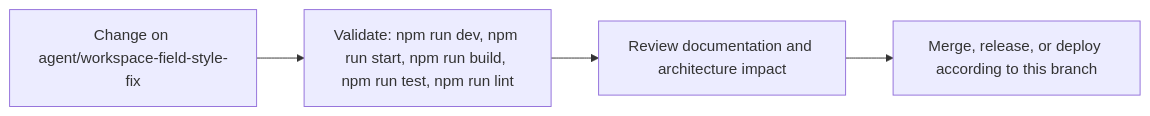
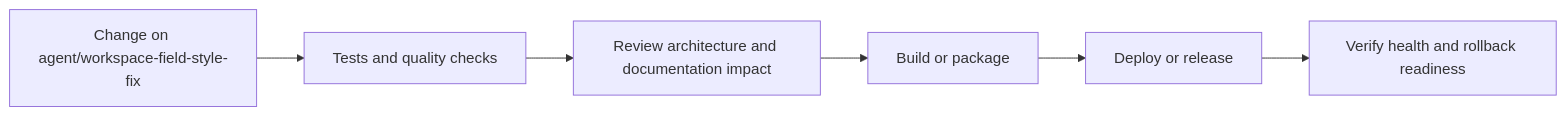
The sixth of 7 diagrams in README.md (Nischhalsubba/BindForge-NW), drawn with Mermaid before and after one commit. The commit also changed other lines of this file, not shown here.

````diff
--- a/README.md
+++ b/README.md
@@ -88,8 +198,8 @@
 ```mermaid
 flowchart LR
-    CHANGE["Change on agent/workspace-field-style-fix"]
-    CHECK["Validate: npm run dev, npm run start, npm run build, npm run test, npm run lint"]
-    REVIEW["Review documentation and architecture impact"]
-    RELEASE["Merge, release, or deploy according to this branch"]
-    CHANGE --> CHECK --> REVIEW --> RELEASE
+    CHANGE["Change on agent/workspace-field-style-fix"] --> CHECK["Tests and quality checks"]
+    CHECK --> REVIEW["Review architecture and documentation impact"]
+    REVIEW --> BUILD["Build or package"]
+    BUILD --> DEPLOY["Deploy or release"]
+    DEPLOY --> VERIFY["Verify health and rollback readiness"]
 ```
````
